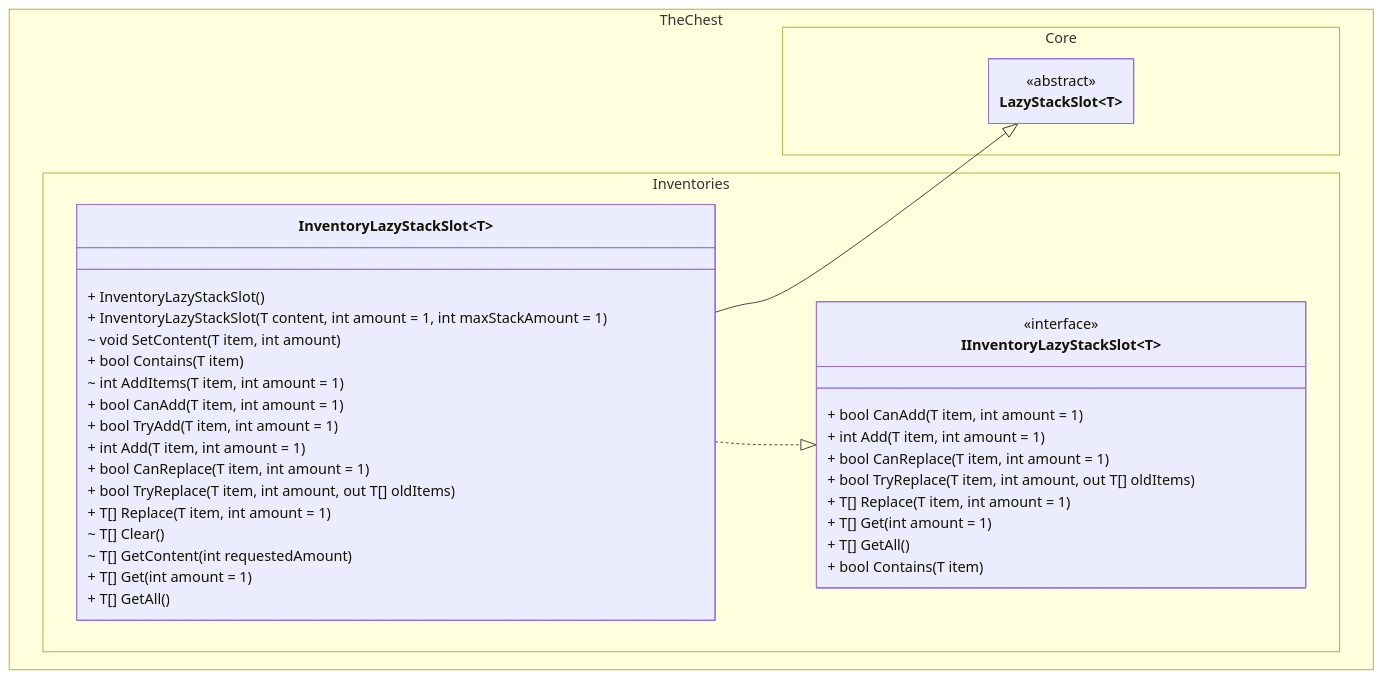
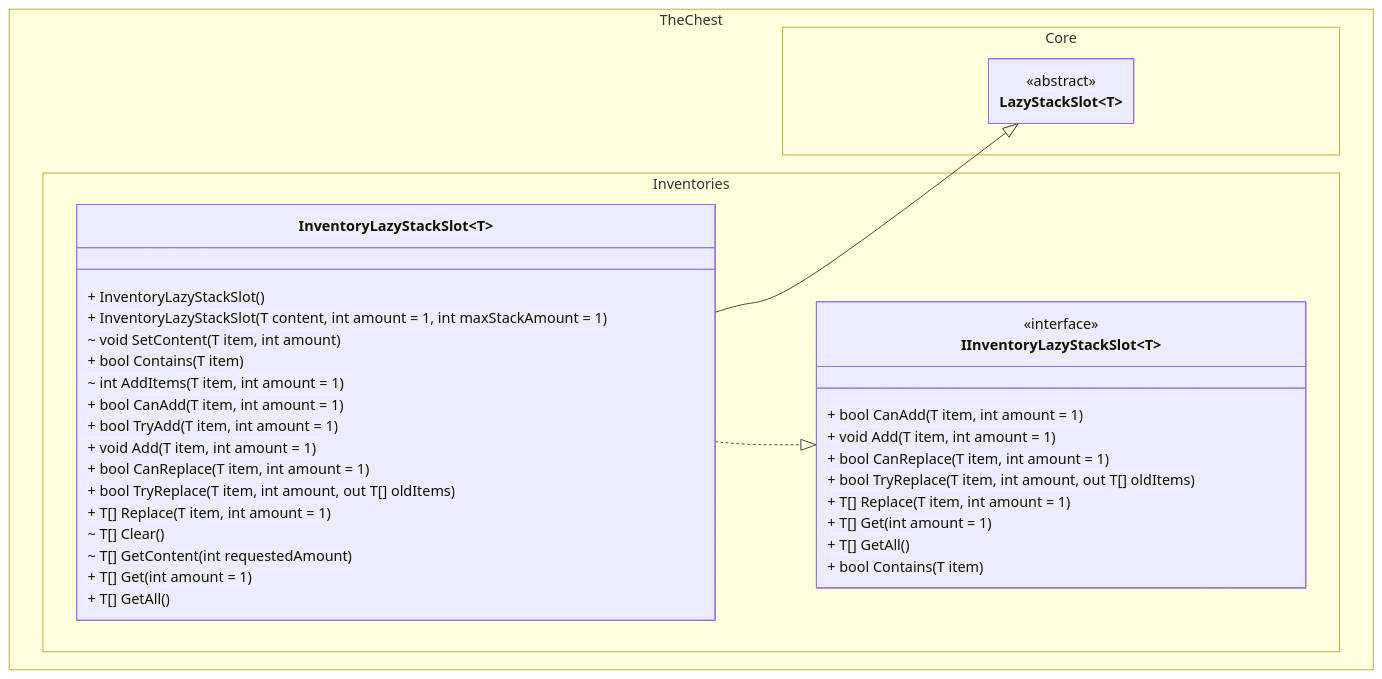
One commit to The-Chest/TheChest.Inventories changed the second of 2 diagrams in docs/lazy_stack_inventory/class_diagram.md. Above: the diagram before and after it, drawn with Mermaid. The commit also changed other lines of this file and 12 other files, not shown here.

````diff
--- a/docs/lazy_stack_inventory/class_diagram.md
+++ b/docs/lazy_stack_inventory/class_diagram.md
@@ -135,57 +135,57 @@
 ```mermaid
 ---
 config:
   theme: mc
   look: classic
   class:
     hideEmptyMembersBox: true
 ---
 classDiagram
 direction TB
 
 namespace TheChest.Core {
     class LazyStackSlot~T~ {
     }
 }
 <<abstract>> LazyStackSlot
 
 namespace TheChest.Inventories {
     class IInventoryLazyStackSlot~T~ {
         + bool CanAdd(T item, int amount = 1)
-        + int Add(T item, int amount = 1)
+        + void Add(T item, int amount = 1)
 
         + bool CanReplace(T item, int amount = 1)
         + bool TryReplace(T item, int amount, out T[] oldItems)
         + T[] Replace(T item, int amount = 1)
 
         + T[] Get(int amount = 1)
         + T[] GetAll()
         + bool Contains(T item)
     }
     class InventoryLazyStackSlot~T~ {
         + InventoryLazyStackSlot()
         + InventoryLazyStackSlot(T content, int amount = 1, int maxStackAmount = 1)
         
         ~ void SetContent(T item, int amount)
 
         + bool Contains(T item)
         
         ~ int AddItems(T item, int amount = 1)
         + bool CanAdd(T item, int amount = 1)
         + bool TryAdd(T item, int amount = 1)
-        + int Add(T item, int amount = 1)
+        + void Add(T item, int amount = 1)
         
         + bool CanReplace(T item, int amount = 1)
         + bool TryReplace(T item, int amount, out T[] oldItems)
         + T[] Replace(T item, int amount = 1)
         
         ~ T[] Clear()
         ~ T[] GetContent(int requestedAmount)
         + T[] Get(int amount = 1)
         + T[] GetAll()
     }
 }
 <<interface>> IInventoryLazyStackSlot
 InventoryLazyStackSlot~T~ --|> LazyStackSlot~T~
 InventoryLazyStackSlot~T~ ..|> IInventoryLazyStackSlot~T~
 ```
````
